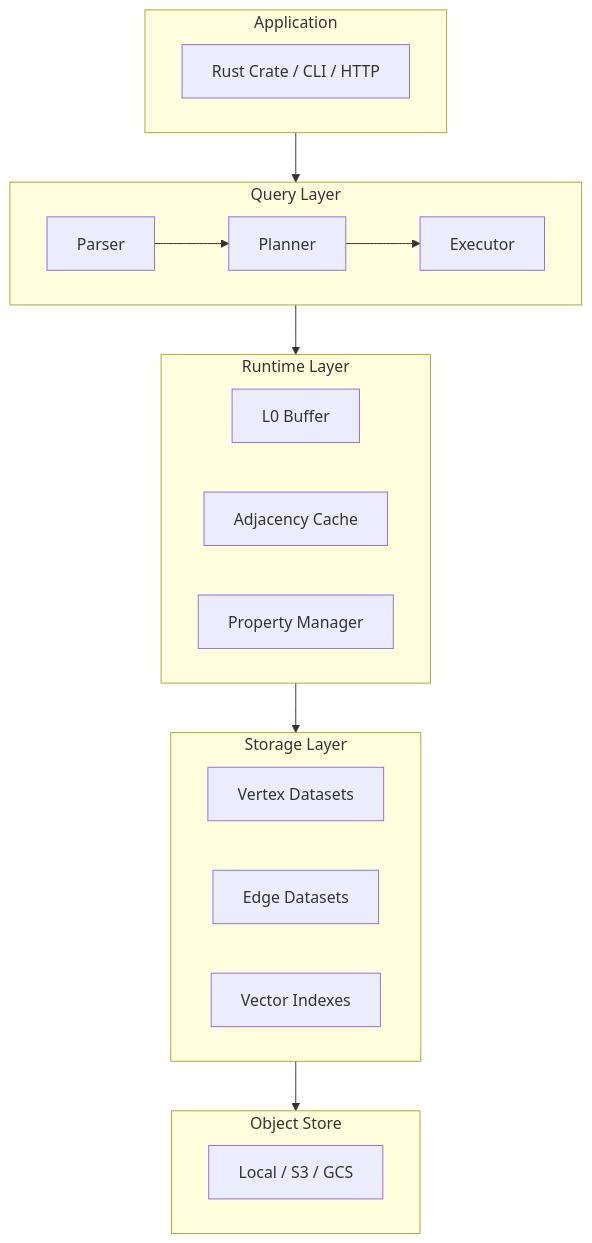
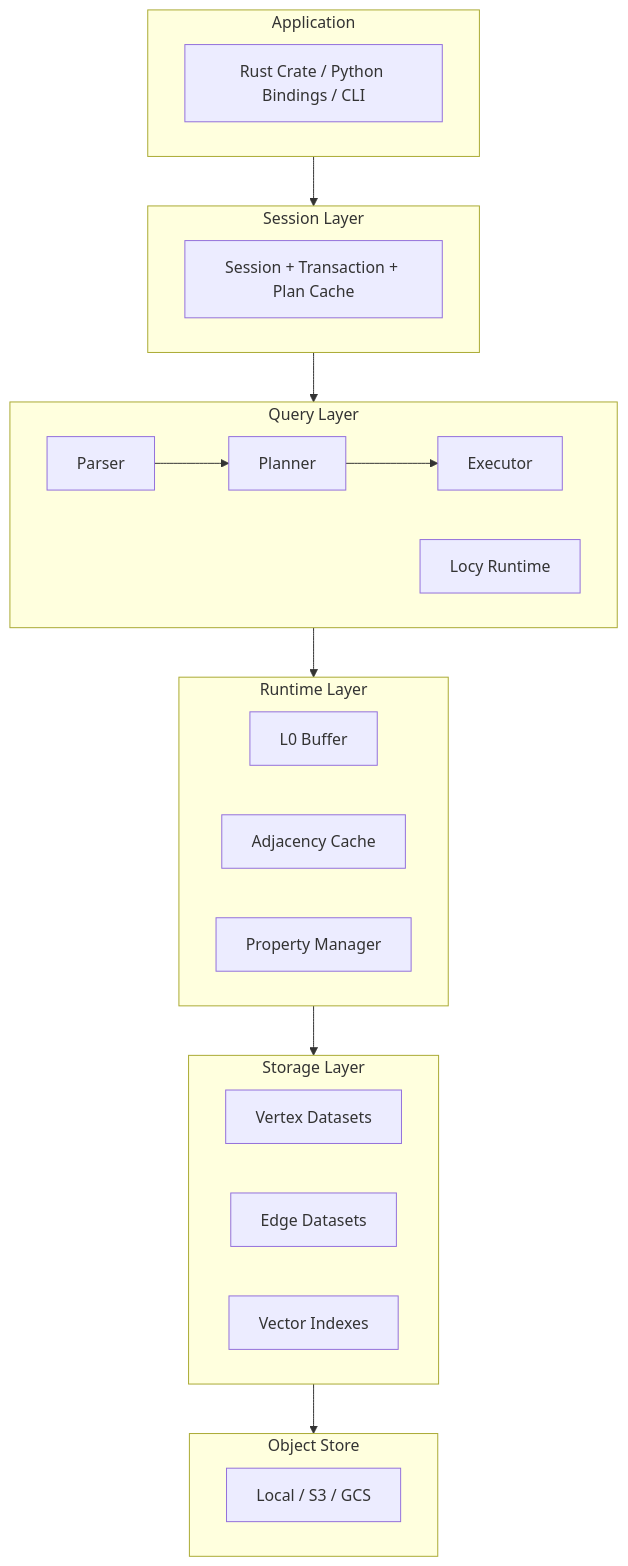
One commit to milliondreams/uni-db changed the first of 6 diagrams in website/docs/concepts/architecture.md. Above: the diagram before and after it, drawn with Mermaid. The commit also changed other lines of this file and 44 other files, not shown here.

````diff
--- a/website/docs/concepts/architecture.md
+++ b/website/docs/concepts/architecture.md
@@ -88,31 +101,37 @@
 ```mermaid
 flowchart TB
     subgraph Application
-        A[Rust Crate / CLI / HTTP]
+        A[Rust Crate / Python Bindings / CLI]
+    end
+
+    subgraph Session["Session Layer"]
+        S[Session + Transaction + Plan Cache]
     end
 
     subgraph Query["Query Layer"]
         B[Parser] --> C[Planner] --> D[Executor]
+        E2[Locy Runtime]
     end
 
     subgraph Runtime["Runtime Layer"]
         E[L0 Buffer]
         F[Adjacency Cache]
         G[Property Manager]
     end
 
     subgraph Storage["Storage Layer"]
         H[Vertex Datasets]
         I[Edge Datasets]
         J[Vector Indexes]
     end
 
     subgraph ObjectStore["Object Store"]
         K[Local / S3 / GCS]
     end
 
-    Application --> Query
+    Application --> Session
+    Session --> Query
     Query --> Runtime
     Runtime --> Storage
     Storage --> ObjectStore
 ```
````
